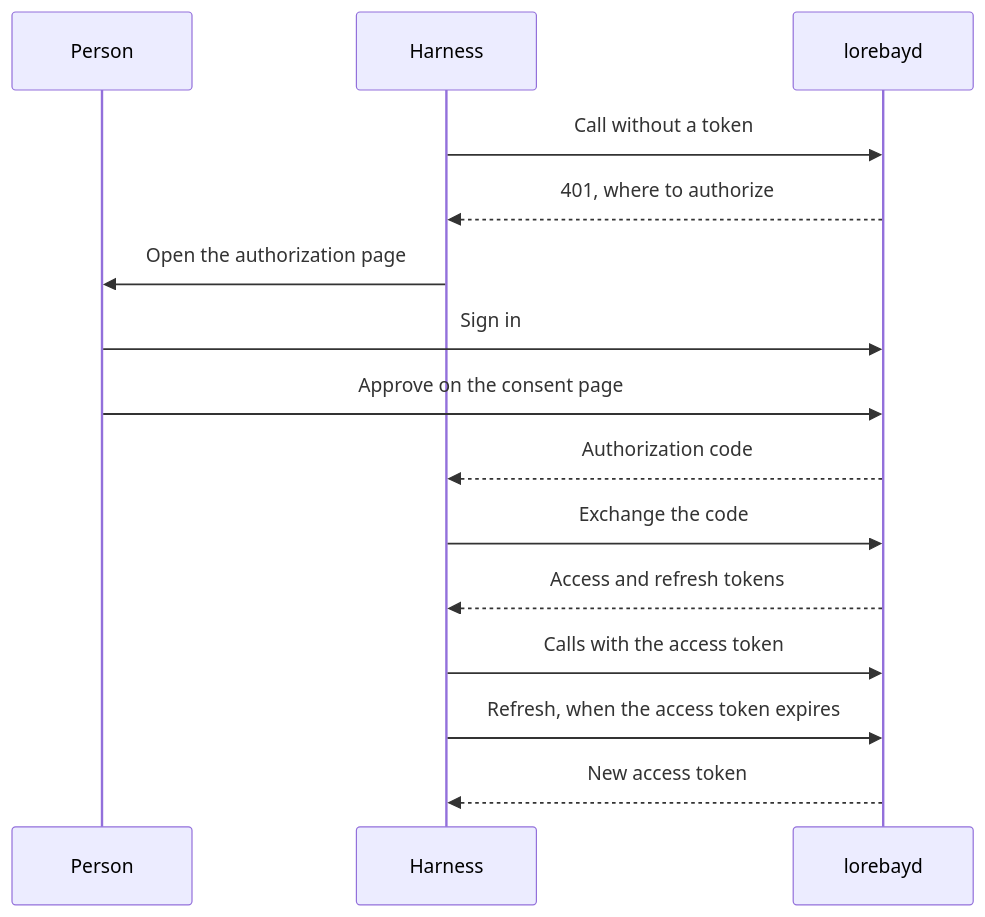
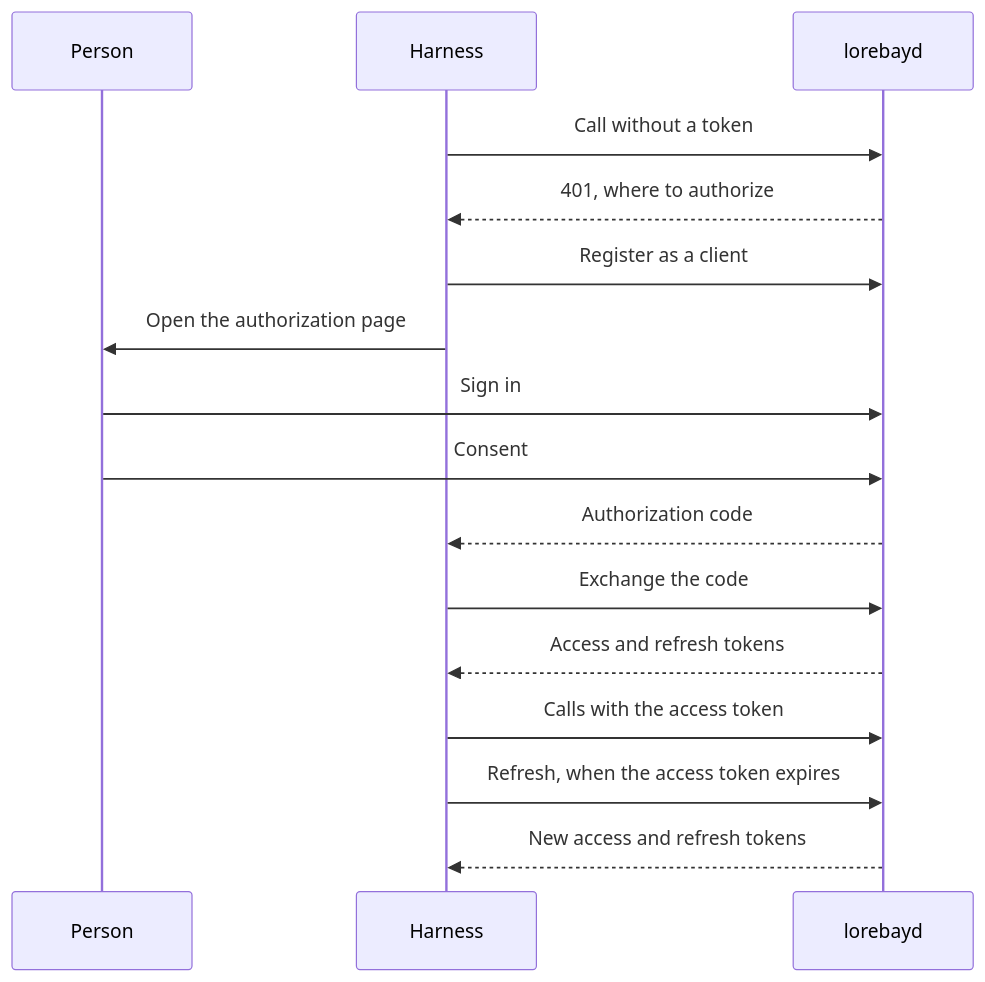
One commit to lorebayai/lorebay changed the diagram in docs/architecture/identity.md. Above: the diagram before and after it, drawn with Mermaid. The commit also changed other lines of this file and 14 other files, not shown here.

````diff
--- a/docs/architecture/identity.md
+++ b/docs/architecture/identity.md
@@ -103,17 +143,18 @@
 ```mermaid
 sequenceDiagram
     participant P as Person
     participant H as Harness
     participant L as lorebayd
     H->>L: Call without a token
     L-->>H: 401, where to authorize
+    H->>L: Register as a client
     H->>P: Open the authorization page
     P->>L: Sign in
-    P->>L: Approve on the consent page
+    P->>L: Consent
     L-->>H: Authorization code
     H->>L: Exchange the code
     L-->>H: Access and refresh tokens
     H->>L: Calls with the access token
     H->>L: Refresh, when the access token expires
-    L-->>H: New access token
+    L-->>H: New access and refresh tokens
 ```
````
